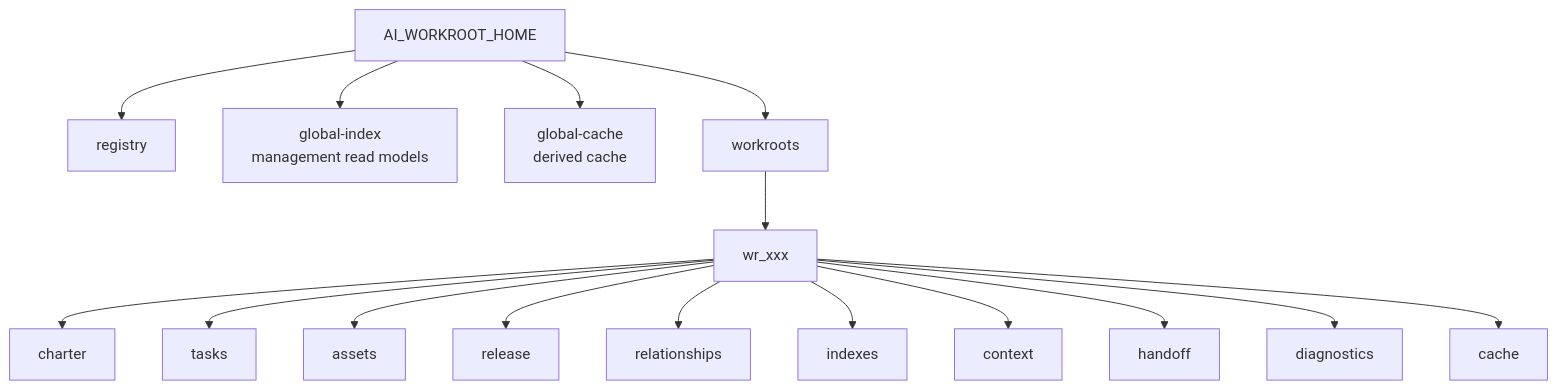
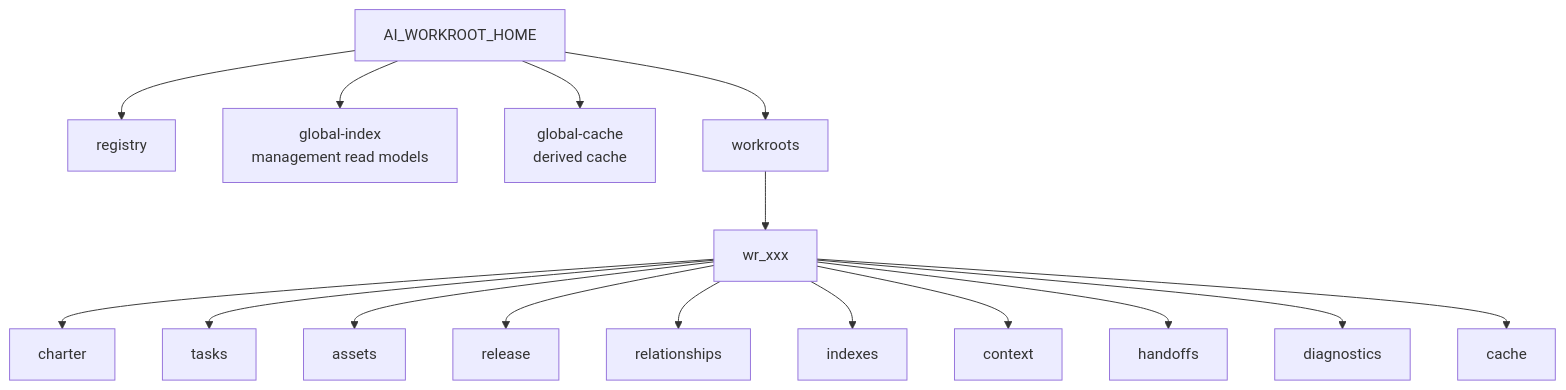
Before and after one commit to ai-workroot/ai-workroot: the fourth of 6 diagrams in docs/architecture-map.md, drawn with Mermaid. The commit also changed other lines of this file and 17 other files, not shown here.

Commit message:
docs: align public architecture docs with protocol runtime

````diff
--- a/docs/architecture-map.md
+++ b/docs/architecture-map.md
@@ -84,18 +96,18 @@
 ```mermaid
 flowchart TB
   Home[AI_WORKROOT_HOME] --> Registry[registry]
   Home --> GlobalIndex[global-index<br/>management read models]
   Home --> GlobalCache[global-cache<br/>derived cache]
   Home --> Workroots[workroots]
   Workroots --> One[wr_xxx]
   One --> Charter[charter]
   One --> Tasks[tasks]
   One --> Assets[assets]
   One --> Release[release]
   One --> Relationships[relationships]
   One --> Indexes[indexes]
   One --> Context[context]
-  One --> Handoff[handoff]
+  One --> Handoffs[handoffs]
   One --> Diagnostics[diagnostics]
   One --> Cache[cache]
 ```
````
